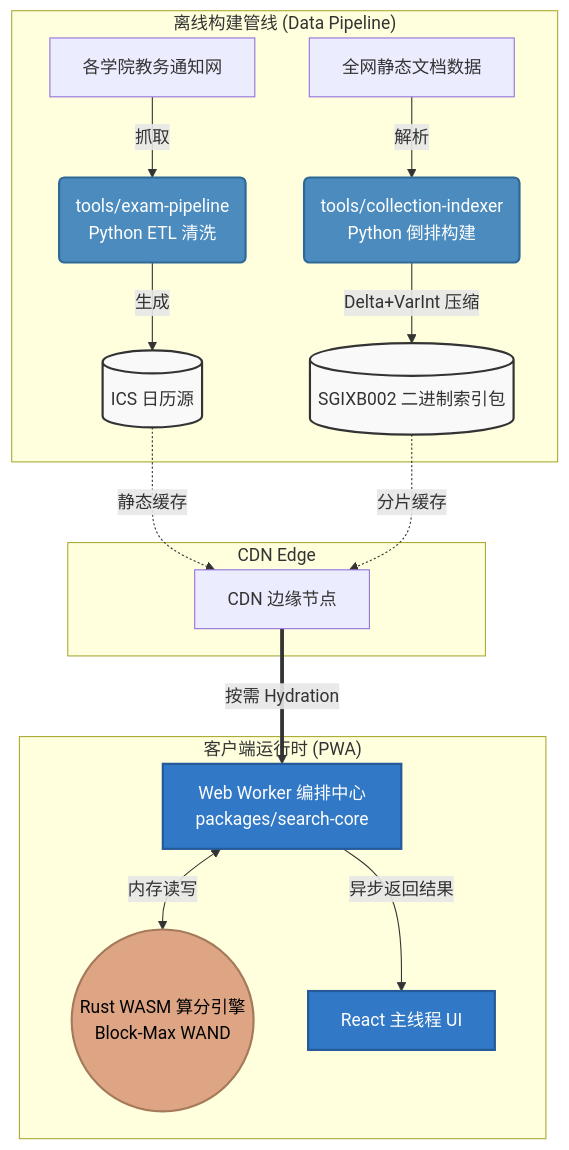
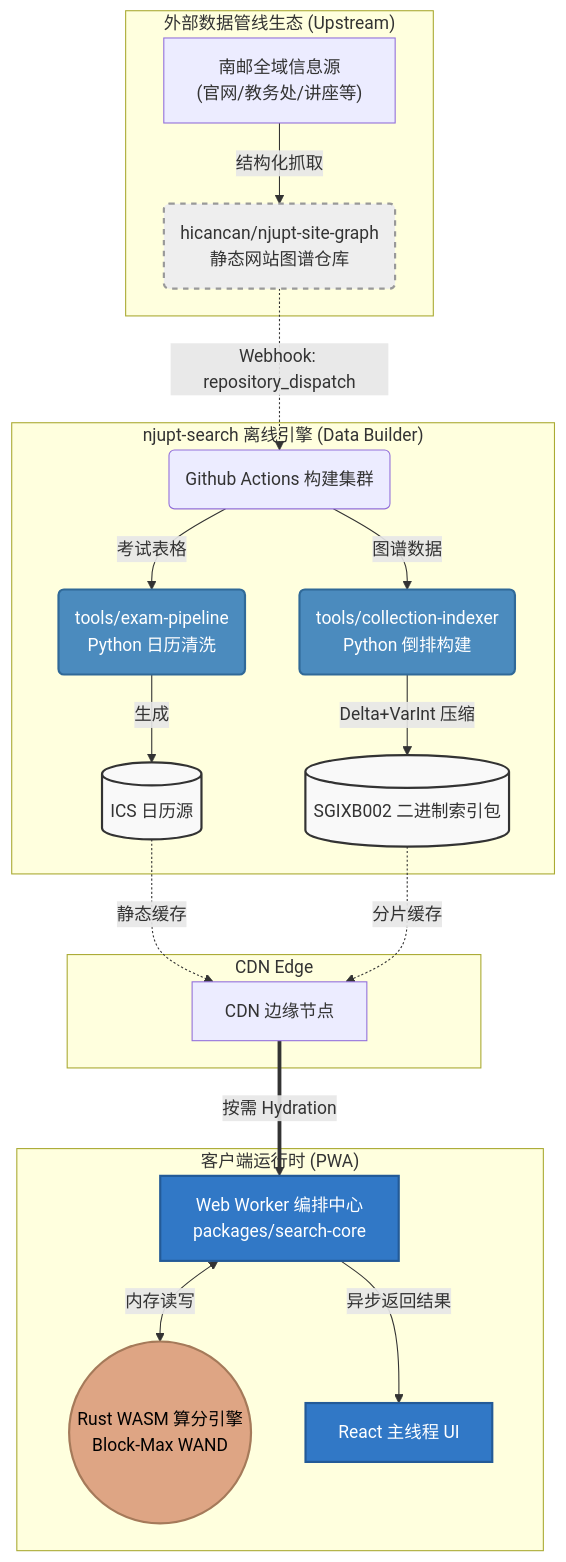
Before and after one commit to hicancan/NJUPT-Exam-Sync: the diagram in README.md, drawn with Mermaid. The commit also changed other lines of this file, not shown here.

Commit message:
docs: restructure architecture to correctly represent njupt-site-graph upstream pipeline

````diff
--- a/README.md
+++ b/README.md
@@ -83,31 +84,38 @@
 ```mermaid
 graph TD
-    subgraph 离线管线 ["离线构建管线 (Data Pipeline)"]
-        A["各学院教务通知网"] -->|抓取| B("tools/exam-pipeline<br>Python ETL 清洗")
-        C["全网静态文档数据"] -->|解析| D("tools/collection-indexer<br>Python 倒排构建")
+    subgraph 外部生态 ["外部数据管线生态 (Upstream)"]
+        A["南邮全域信息源<br>(官网/教务处/讲座等)"] -->|结构化抓取| B("hicancan/njupt-site-graph<br>静态网站图谱仓库")
+    end
+
+    subgraph 离线管线 ["njupt-search 离线引擎 (Data Builder)"]
+        B -.->|Webhook: repository_dispatch| C("Github Actions 构建集群")
+        C -->|图谱数据| D("tools/collection-indexer<br>Python 倒排构建")
+        C -->|考试表格| E("tools/exam-pipeline<br>Python 日历清洗")
         
-        B -->|生成| E[("ICS 日历源")]
-        D -->|Delta+VarInt 压缩| F[("SGIXB002 二进制索引包")]
+        E -->|生成| F[("ICS 日历源")]
+        D -->|Delta+VarInt 压缩| G[("SGIXB002 二进制索引包")]
     end
 
     subgraph 边缘分发 ["CDN Edge"]
-        E -.静态缓存.-> G["CDN 边缘节点"]
-        F -.分片缓存.-> G
+        F -.静态缓存.-> H["CDN 边缘节点"]
+        G -.分片缓存.-> H
     end
 
     subgraph 客户端 ["客户端运行时 (PWA)"]
-        G ==>|按需 Hydration| H["Web Worker 编排中心<br>packages/search-core"]
-        H <-->|内存读写| I(("Rust WASM 算分引擎<br>Block-Max WAND"))
-        H -->|异步返回结果| J["React 主线程 UI"]
+        H ==>|按需 Hydration| I["Web Worker 编排中心<br>packages/search-core"]
+        I <-->|内存读写| J(("Rust WASM 算分引擎<br>Block-Max WAND"))
+        I -->|异步返回结果| K["React 主线程 UI"]
     end
 
     classDef python fill:#4B8BBE,stroke:#306998,stroke-width:2px,color:white;
     classDef rust fill:#DEA584,stroke:#A57A5A,stroke-width:2px,color:black;
     classDef ts fill:#3178C6,stroke:#235A97,stroke-width:2px,color:white;
     classDef storage fill:#f9f9f9,stroke:#333,stroke-width:2px;
+    classDef external fill:#eee,stroke:#999,stroke-width:2px,stroke-dasharray: 5 5;
     
-    class B,D python;
-    class I rust;
-    class H,J ts;
-    class E,F storage;
+    class D,E python;
+    class J rust;
+    class I,K ts;
+    class F,G storage;
+    class B external;
 ```
````
